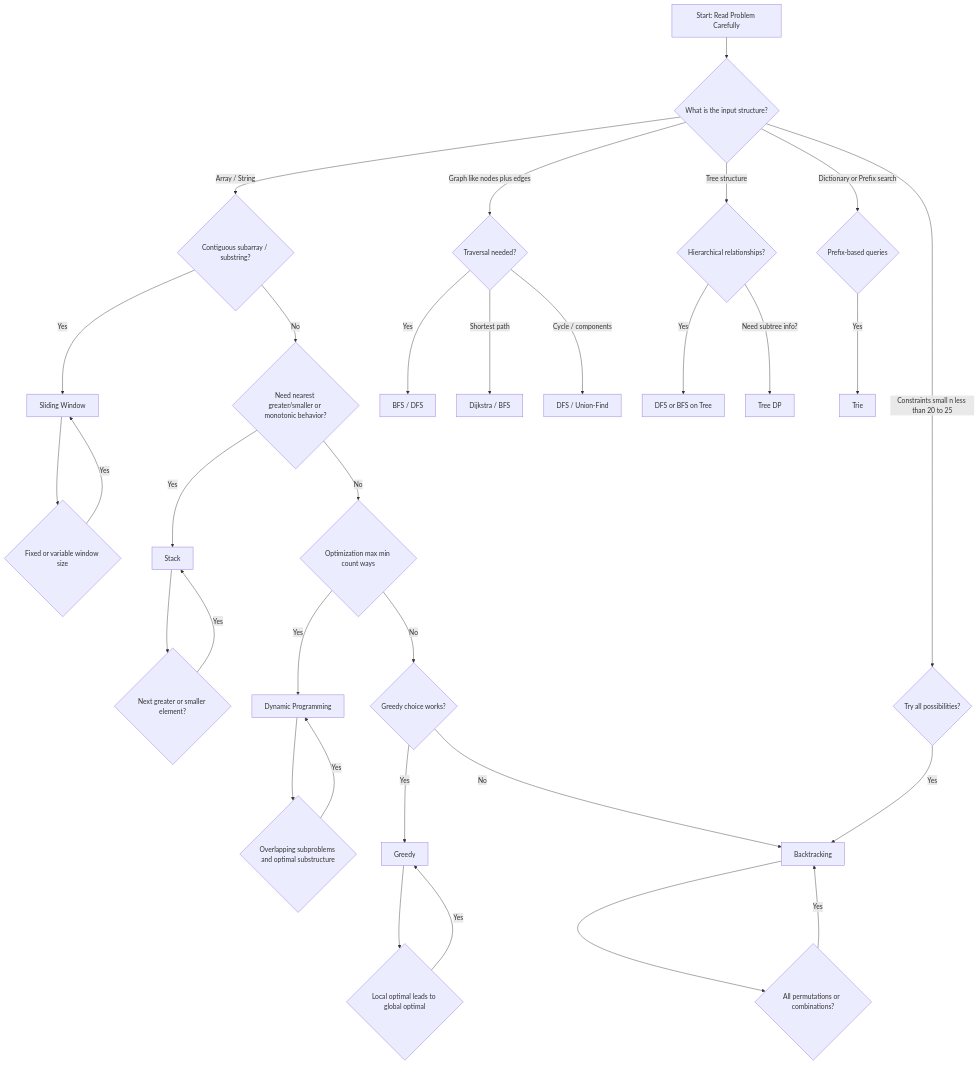
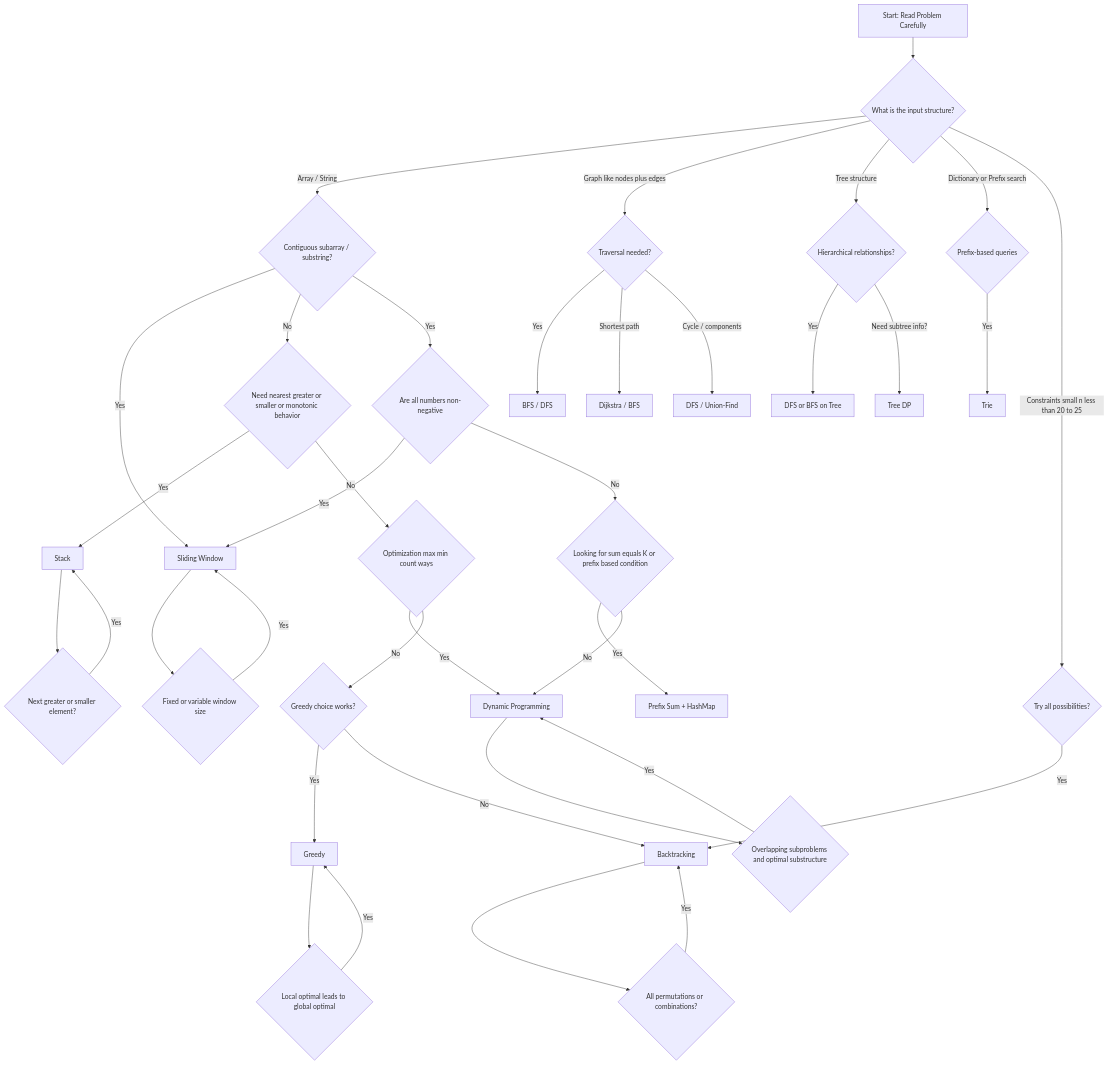
The diagram in design/dsa/README.md (progvocab/products-service), drawn with Mermaid before and after one commit.

````diff
--- a/design/dsa/README.md
+++ b/design/dsa/README.md
@@ -3,46 +3,52 @@
 ```mermaid 
 flowchart TD
 
 A[Start: Read Problem Carefully] --> B{What is the input structure?}
 
 B -->|Array / String| C{Contiguous subarray / substring?}
 C -->|Yes| SW[Sliding Window]
-C -->|No| D{Need nearest greater/smaller or monotonic behavior?}
+C -->|No| D{Need nearest greater or smaller or monotonic behavior}
+C -->|Yes| C1{Are all numbers non-negative}
+C1 -->|Yes| SW
+C1 -->|No| C2{Looking for sum equals K or prefix based condition}
+
+C2 -->|Yes| HM[Prefix Sum + HashMap]
+C2 -->|No| DP
 D -->|Yes| ST[Stack]
 D -->|No| E{Optimization max min count ways}
 E -->|Yes| DP[Dynamic Programming]
 E -->|No| F{Greedy choice works?}
 F -->|Yes| GR[Greedy]
 F -->|No| BT[Backtracking]
 
 B -->|Graph like nodes plus edges | G{Traversal needed?}
 G -->|Yes| G1[BFS / DFS]
 G -->|Shortest path | G2[Dijkstra / BFS]
 G -->|Cycle / components | G3[DFS / Union-Find]
 
 B -->|Tree structure| T{Hierarchical relationships?}
 T -->|Yes| T1[DFS or BFS on Tree]
 T -->|Need subtree info?| T2[Tree DP]
 
 B -->|Dictionary or Prefix search| TR{Prefix-based queries}
 TR -->|Yes| TR1[Trie]
 
 B -->|Constraints small n less than 20 to 25| BT2{Try all possibilities?}
 BT2 -->|Yes| BT
 
 DP --> DP1{Overlapping subproblems and optimal substructure}
 DP1 -->|Yes| DP
 
 GR --> GR1{Local optimal leads to global optimal}
 GR1 -->|Yes| GR
 
 SW --> SW1{Fixed or variable window size}
 SW1 -->|Yes| SW
 
 ST --> ST1{Next greater or smaller element?}
 ST1 -->|Yes| ST
 
 BT --> BT1{All permutations or  combinations?}
 BT1 -->|Yes| BT
 
 ```
````
